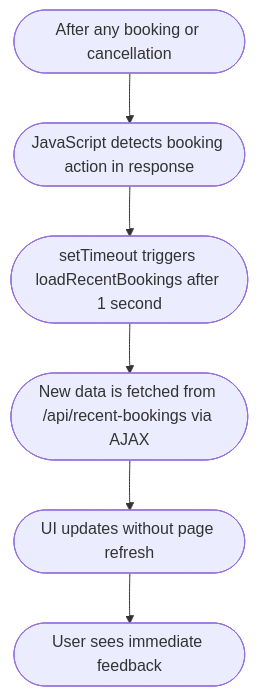
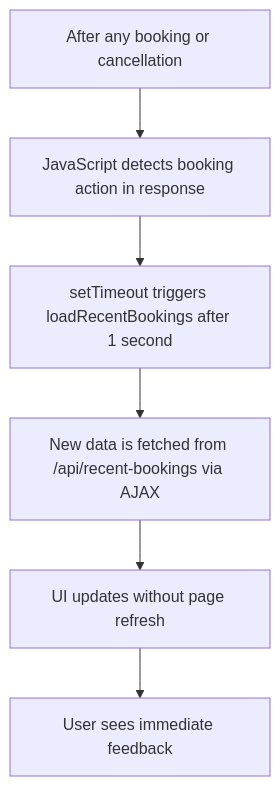
Diagram 12 of 15 in STEP_BY_STEP_GUIDE.md (chaitanyasaiyerra/Musuem-chatbot), drawn with Mermaid before and after one commit. The commit also changed other lines of this file and 1 other file, not shown here.

Commit message:
docs: wrap mermaid nodes in standard boxes with quotes to prevent text wrapping

````diff
--- a/STEP_BY_STEP_GUIDE.md
+++ b/STEP_BY_STEP_GUIDE.md
@@ -185,8 +185,8 @@
 ```mermaid
 graph TD
-    A([After any booking or cancellation]) --> B([JavaScript detects booking action in response])
-    B --> C([setTimeout triggers loadRecentBookings after 1 second])
-    C --> D([New data is fetched from /api/recent-bookings via AJAX])
-    D --> E([UI updates without page refresh])
-    E --> F([User sees immediate feedback])
+    A["After any booking or cancellation"] --> B["JavaScript detects booking action in response"]
+    B --> C["setTimeout triggers loadRecentBookings after 1 second"]
+    C --> D["New data is fetched from /api/recent-bookings via AJAX"]
+    D --> E["UI updates without page refresh"]
+    E --> F["User sees immediate feedback"]
 ```
````
